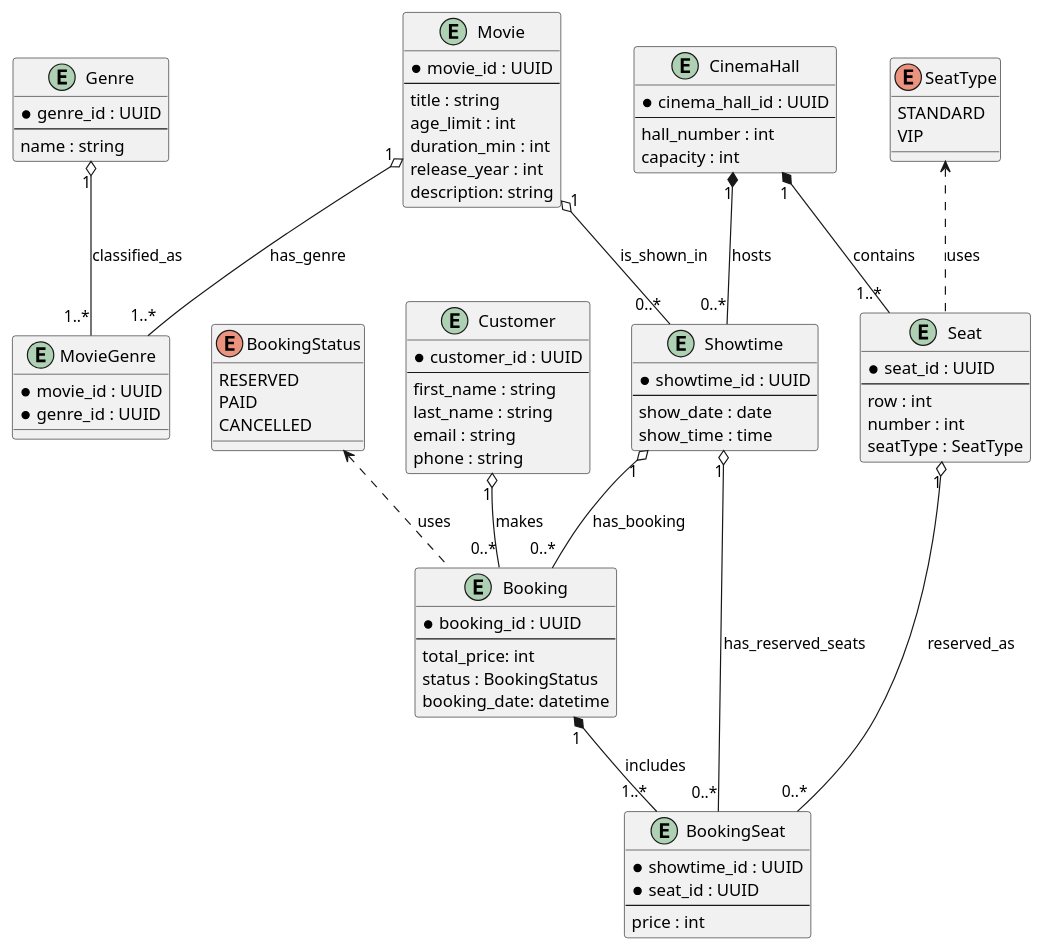
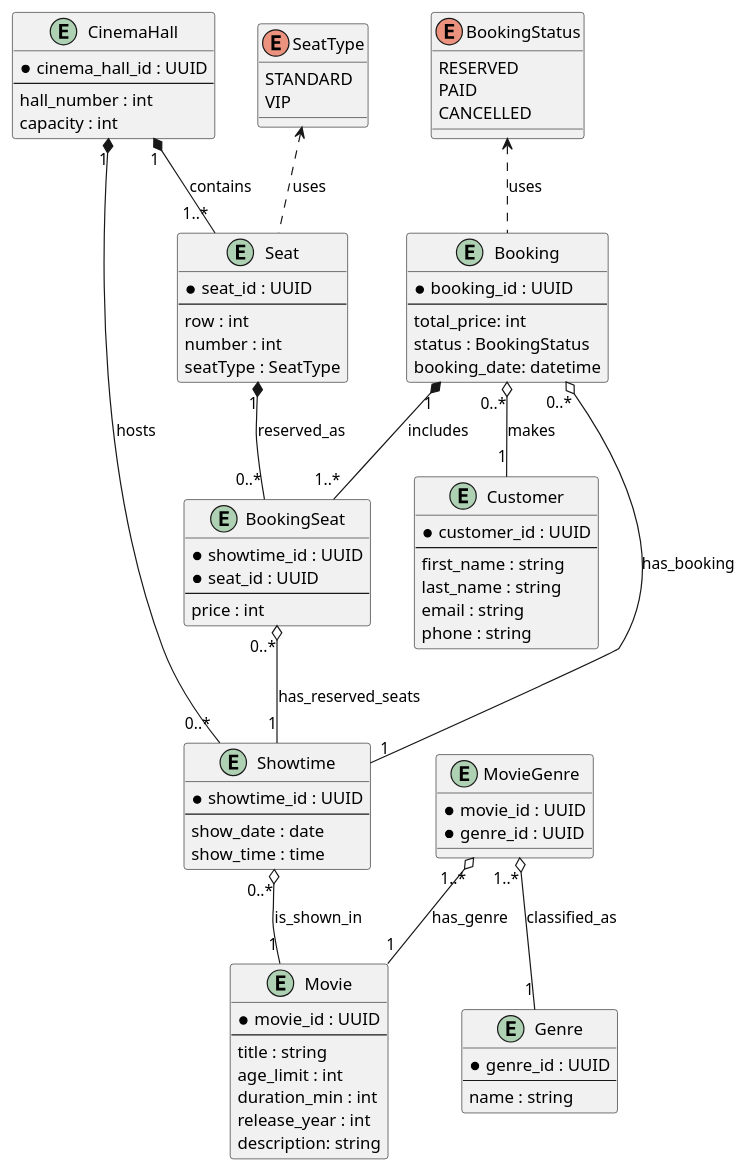
The diagram in Lab1/cinema.puml (Fererra/KPI), drawn with PlantUML before and after one commit.

Commit message:
refactor: revise aggregation and composition links

```diff
--- a/Lab1/cinema.puml
+++ b/Lab1/cinema.puml
@@ -1,100 +1,100 @@
 @startuml
 
 enum SeatType {
   STANDARD
   VIP
 }
 
 enum BookingStatus {
   RESERVED
   PAID
   CANCELLED
 }
 
 entity Movie {
   *movie_id : UUID
   --
   title : string
   age_limit : int
   duration_min : int
   release_year : int
   description: string
 }
 
 entity Genre {
   *genre_id : UUID
   --
   name : string
 }
 
 entity MovieGenre {
   *movie_id : UUID
   *genre_id : UUID
 }
 
 entity CinemaHall {
   *cinema_hall_id : UUID
   --
   hall_number : int
   capacity : int
 }
 
 entity Seat {
   *seat_id : UUID
   --
   row : int
   number : int
   seatType : SeatType
 }
 
 entity Showtime {
   *showtime_id : UUID
   --
   show_date : date
   show_time : time
 }
 
 
 entity Customer {
   *customer_id : UUID
   --
   first_name : string
   last_name : string
   email : string
   phone : string
 }
 
 entity Booking {
   *booking_id : UUID
   --
   total_price: int
   status : BookingStatus
   booking_date: datetime
 }
 
 entity BookingSeat {
   *showtime_id : UUID
   *seat_id : UUID
   --
   price : int
 }
 
 SeatType <.. Seat : uses
 BookingStatus <.. Booking : uses
 
-Movie "1" o-- "1..*" MovieGenre : has_genre 
-Genre "1" o-- "1..*" MovieGenre : classified_as
+MovieGenre "1..*" o-- "1" Movie : has_genre 
+MovieGenre "1..*" o-- "1" Genre : classified_as
  
-Movie "1" o-- "0..*" Showtime : is_shown_in
+Showtime "0..*" o-- "1" Movie : is_shown_in
 
 CinemaHall "1" *-- "1..*" Seat : contains
 CinemaHall "1" *-- "0..*" Showtime : hosts 
 
-Seat "1" o-- "0..*" BookingSeat : reserved_as
+Seat "1" *-- "0..*" BookingSeat : reserved_as
 Booking "1" *-- "1..*" BookingSeat : includes
 
-Showtime "1" o-- "0..*" Booking : has_booking
-Showtime "1" o-- "0..*" BookingSeat : has_reserved_seats
+Booking "0..*" o-- "1" Showtime : has_booking
+BookingSeat "0..*" o-- "1" Showtime : has_reserved_seats
 
-Customer "1" o-- "0..*" Booking : makes
+Booking "0..*" o-- "1" Customer : makes
 @enduml
```
